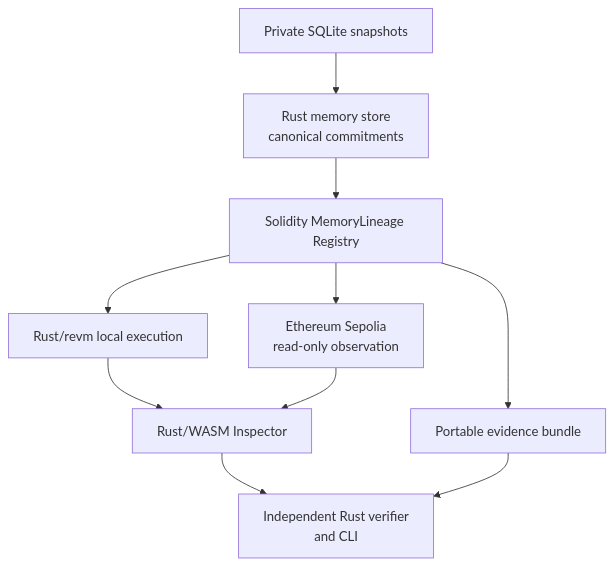
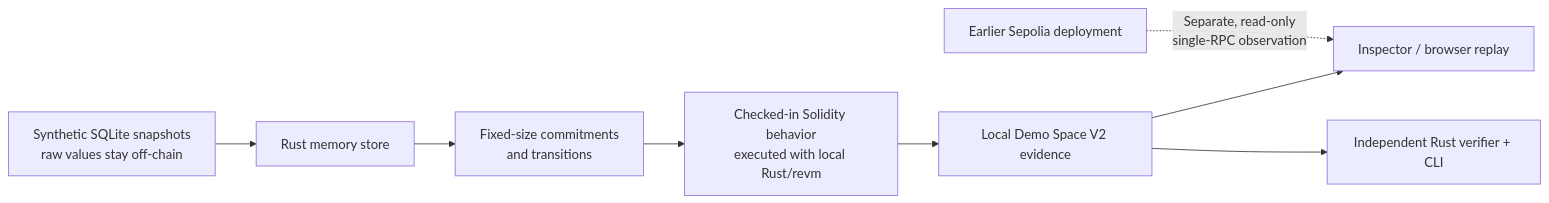
The first of 2 diagrams in README.md (AndroLay/MemoryLineage), drawn with Mermaid before and after one commit. The commit also changed other lines of this file and 40 other files, not shown here.

Commit message:
Prepare MemoryLineage v1.0.2 submission

````diff
--- a/README.md
+++ b/README.md
@@ -26,12 +52,10 @@
 ```mermaid
-flowchart TD
-    M[Private SQLite snapshots] --> C[Rust memory store<br/>canonical commitments]
-    C --> R[Solidity MemoryLineage Registry]
-    R --> L[Rust/revm local execution]
-    R --> S[Ethereum Sepolia<br/>read-only observation]
-    L --> I[Rust/WASM Inspector]
-    S --> I
-    R --> E[Portable evidence bundle]
-    I --> V[Independent Rust verifier<br/>and CLI]
-    E --> V
+flowchart LR
+    S[Synthetic SQLite snapshots<br/>raw values stay off-chain] --> M[Rust memory store]
+    M --> C[Fixed-size commitments<br/>and transitions]
+    C --> R[Checked-in Solidity behavior<br/>executed with local Rust/revm]
+    R --> E[Local Demo Space V2 evidence]
+    E --> I[Inspector / browser replay]
+    E --> V[Independent Rust verifier + CLI]
+    P[Earlier Sepolia deployment] -. Separate, read-only<br/>single-RPC observation .-> I
 ```
````
